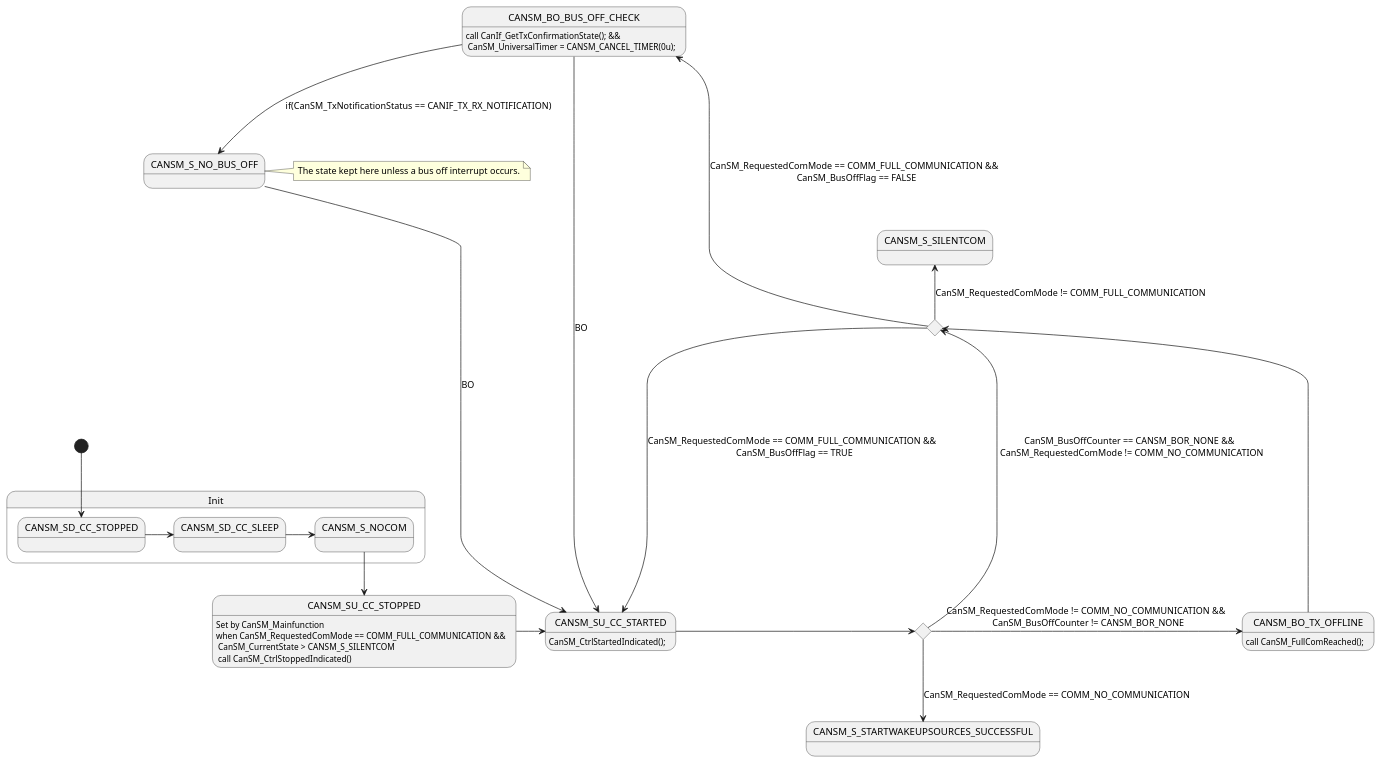
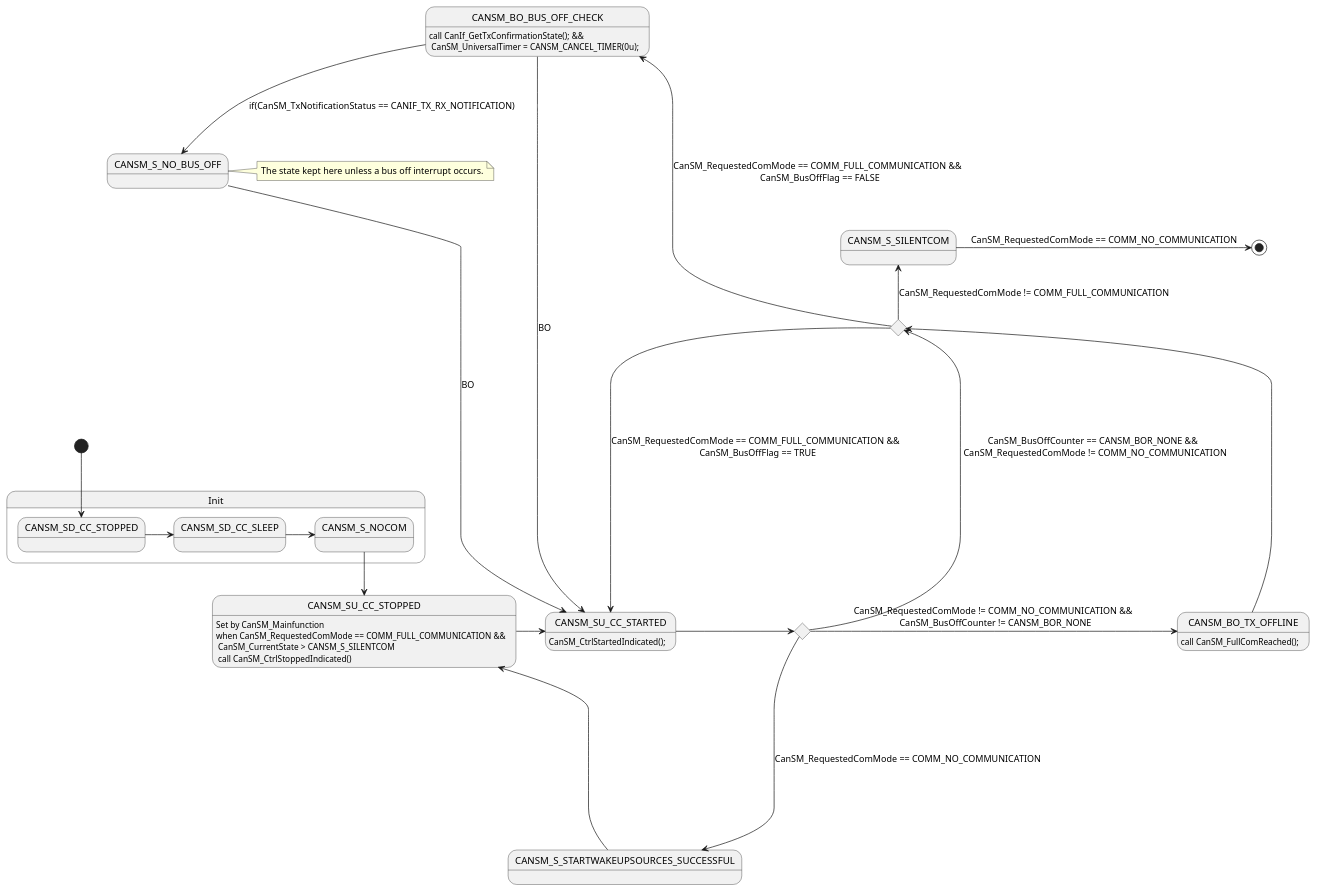
Before and after one commit to diu6diu/Jerry: the diagram in Mine/Can/BusOff.wsd, drawn with PlantUML. The commit also changed 3 other files, not shown here.

```diff
--- a/Mine/Can/BusOff.wsd
+++ b/Mine/Can/BusOff.wsd
@@ -1,53 +1,57 @@
 @startuml CanBusOff State Machine without TRVC
 state Init {
     state CANSM_SD_CC_STOPPED
     state CANSM_SD_CC_SLEEP
     state CANSM_S_NOCOM
 }
 
 state CANSM_S_NO_BUS_OFF
 state CANSM_BO_BUS_OFF_CHECK: call CanIf_GetTxConfirmationState(); && \n CanSM_UniversalTimer = CANSM_CANCEL_TIMER(0u);
 
 state CANSM_BO_TX_OFFLINE: call CanSM_FullComReached();
 state CANSM_SU_CC_STOPPED: Set by CanSM_Mainfunction \nwhen CanSM_RequestedComMode == COMM_FULL_COMMUNICATION &&\n CanSM_CurrentState > CANSM_S_SILENTCOM \n call CanSM_CtrlStoppedIndicated()
 state CANSM_SU_CC_STARTED: CanSM_CtrlStartedIndicated();
 state CanSM_CtrlStartedIndicated <<choice>>
 state CanSM_FullComReached <<choice>>
 
 
 state CANSM_S_SILENTCOM
 state CANSM_S_STARTWAKEUPSOURCES_SUCCESSFUL
 
+CANSM_S_SILENTCOM -> [*]: CanSM_RequestedComMode == COMM_NO_COMMUNICATION
+
 note right of CANSM_S_NO_BUS_OFF
     The state kept here unless a bus off interrupt occurs.
 end note
 
-
+CANSM_S_STARTWAKEUPSOURCES_SUCCESSFUL -left-> CANSM_SU_CC_STOPPED
 CANSM_S_NOCOM --> CANSM_SU_CC_STOPPED
 
 CANSM_BO_BUS_OFF_CHECK -down--> CANSM_S_NO_BUS_OFF: if(CanSM_TxNotificationStatus == CANIF_TX_RX_NOTIFICATION)
 
 
 [*] -down-> CANSM_SD_CC_STOPPED
 CANSM_SD_CC_STOPPED -> CANSM_SD_CC_SLEEP
 
 
 CANSM_BO_TX_OFFLINE -> CanSM_FullComReached
 CanSM_FullComReached -up----> CANSM_BO_BUS_OFF_CHECK: CanSM_RequestedComMode == COMM_FULL_COMMUNICATION && \n CanSM_BusOffFlag == FALSE
 CanSM_FullComReached ----down-> CANSM_SU_CC_STARTED: CanSM_RequestedComMode == COMM_FULL_COMMUNICATION && \n CanSM_BusOffFlag == TRUE
 CanSM_FullComReached -up-> CANSM_S_SILENTCOM: CanSM_RequestedComMode != COMM_FULL_COMMUNICATION
 
 
 
 CANSM_S_NO_BUS_OFF -down-> CANSM_SU_CC_STARTED: BO
 CANSM_BO_BUS_OFF_CHECK --> CANSM_SU_CC_STARTED: BO
 CANSM_SU_CC_STARTED -> CanSM_CtrlStartedIndicated
 
-CanSM_CtrlStartedIndicated -down-> CANSM_S_STARTWAKEUPSOURCES_SUCCESSFUL: CanSM_RequestedComMode == COMM_NO_COMMUNICATION
+CanSM_CtrlStartedIndicated -down----> CANSM_S_STARTWAKEUPSOURCES_SUCCESSFUL: CanSM_RequestedComMode == COMM_NO_COMMUNICATION
 CanSM_CtrlStartedIndicated -up-> CanSM_FullComReached: CanSM_BusOffCounter == CANSM_BOR_NONE && \n CanSM_RequestedComMode != COMM_NO_COMMUNICATION
 CanSM_CtrlStartedIndicated -> CANSM_BO_TX_OFFLINE: CanSM_RequestedComMode != COMM_NO_COMMUNICATION && \n CanSM_BusOffCounter != CANSM_BOR_NONE
 
 CANSM_SU_CC_STOPPED -right-> CANSM_SU_CC_STARTED
 
 CANSM_SD_CC_SLEEP -> CANSM_S_NOCOM
+
+
 @enduml
```
